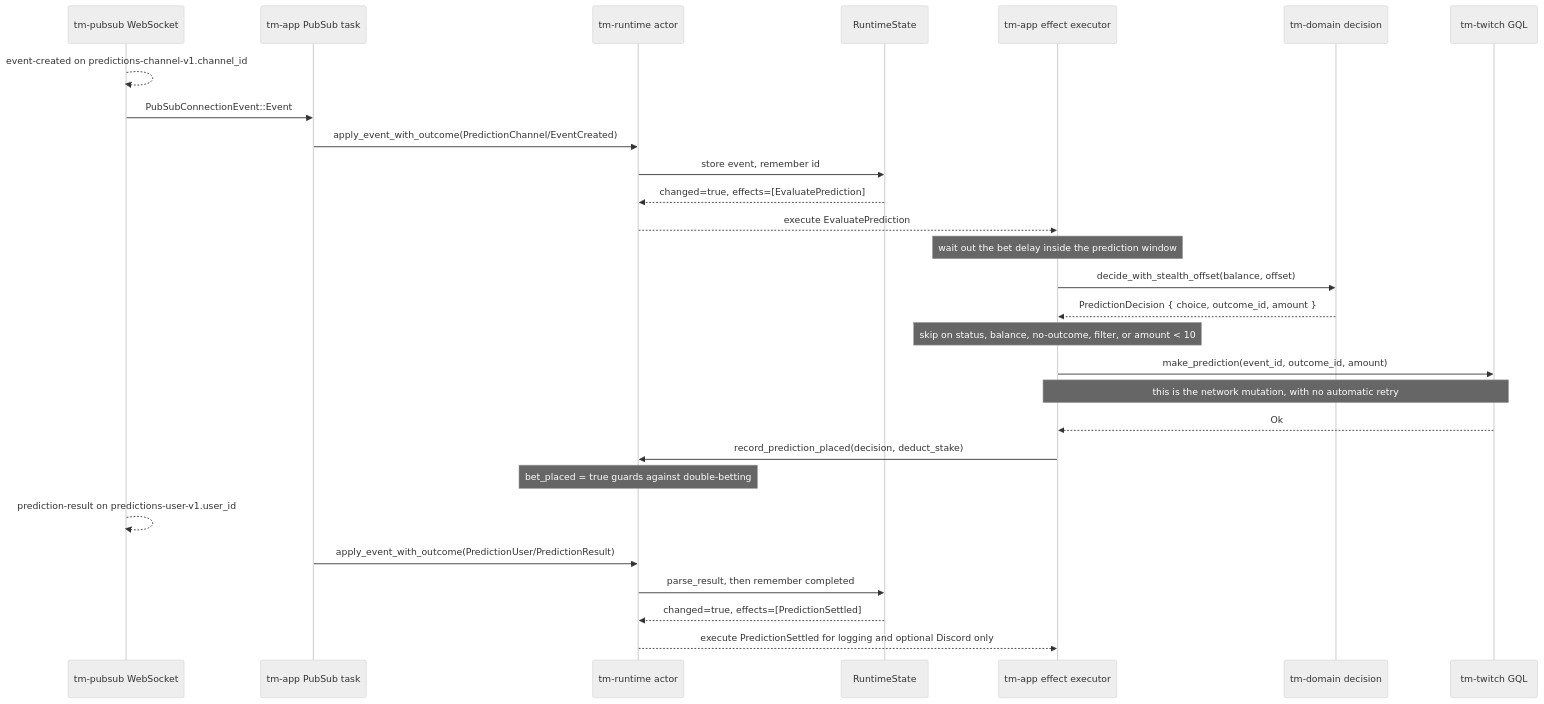
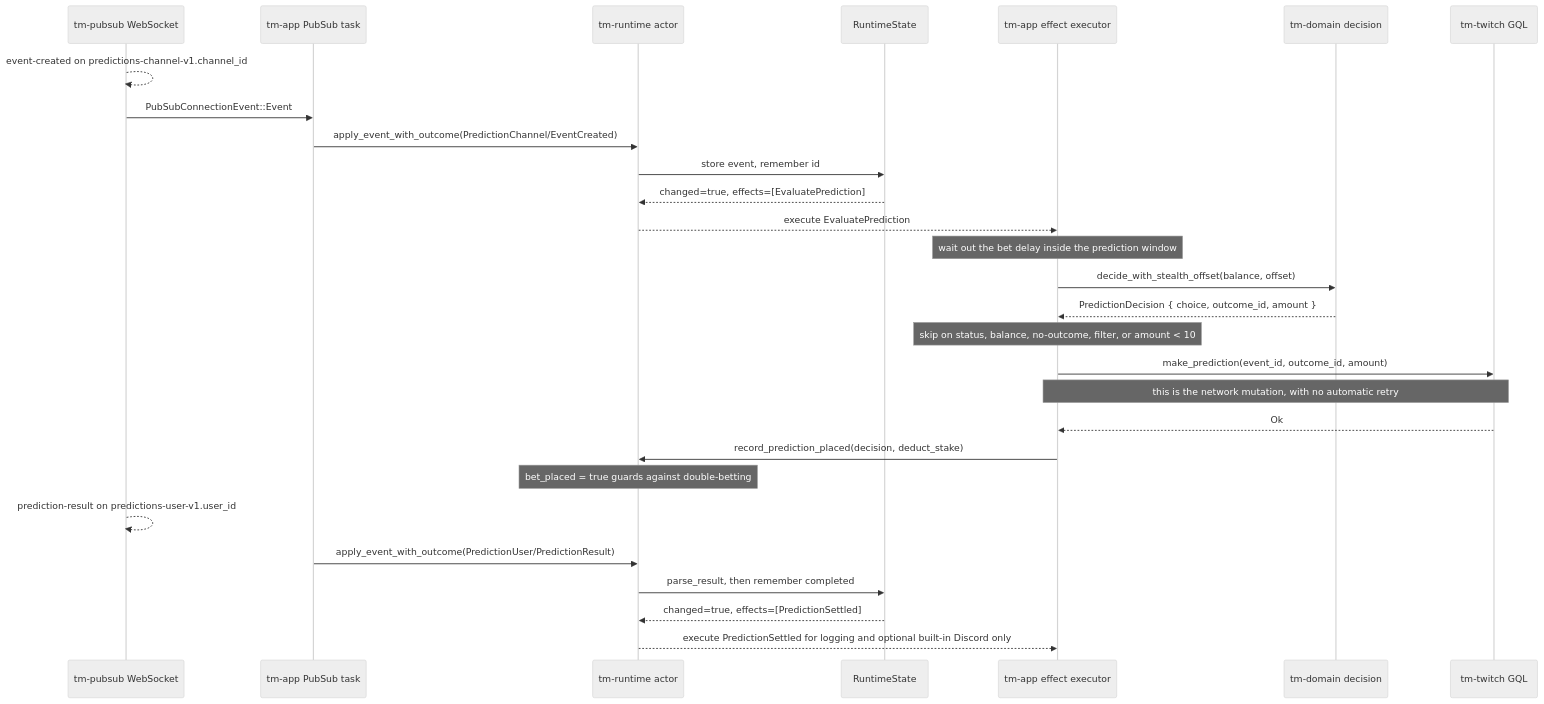
One commit to FueledByRedBull/Twitch-Miner-Rust changed the diagram in docs/architecture/prediction-walkthrough.md. Above: the diagram before and after it, drawn with Mermaid (neutral theme). The commit also changed other lines of this file and 14 other files, not shown here.

````diff
--- a/docs/architecture/prediction-walkthrough.md
+++ b/docs/architecture/prediction-walkthrough.md
@@ -23,33 +23,33 @@
 ```mermaid
 sequenceDiagram
     participant P as tm-pubsub WebSocket
     participant U as tm-app PubSub task
     participant A as tm-runtime actor
     participant S as RuntimeState
     participant X as tm-app effect executor
     participant D as tm-domain decision
     participant T as tm-twitch GQL
 
     P-->>P: event-created on predictions-channel-v1.channel_id
     P->>U: PubSubConnectionEvent::Event
     U->>A: apply_event_with_outcome(PredictionChannel/EventCreated)
     A->>S: store event, remember id
     S-->>A: changed=true, effects=[EvaluatePrediction]
     A-->>X: execute EvaluatePrediction
 
     Note over X: wait out the bet delay inside the prediction window
     X->>D: decide_with_stealth_offset(balance, offset)
     D-->>X: PredictionDecision { choice, outcome_id, amount }
     Note over X: skip on status, balance, no-outcome, filter, or amount < 10
     X->>T: make_prediction(event_id, outcome_id, amount)
     Note over X,T: this is the network mutation, with no automatic retry
     T-->>X: Ok
     X->>A: record_prediction_placed(decision, deduct_stake)
     Note over A: bet_placed = true guards against double-betting
 
     P-->>P: prediction-result on predictions-user-v1.user_id
     U->>A: apply_event_with_outcome(PredictionUser/PredictionResult)
     A->>S: parse_result, then remember completed
     S-->>A: changed=true, effects=[PredictionSettled]
-    A-->>X: execute PredictionSettled for logging and optional Discord only
+    A-->>X: execute PredictionSettled for logging and optional built-in Discord only
 ```
````
